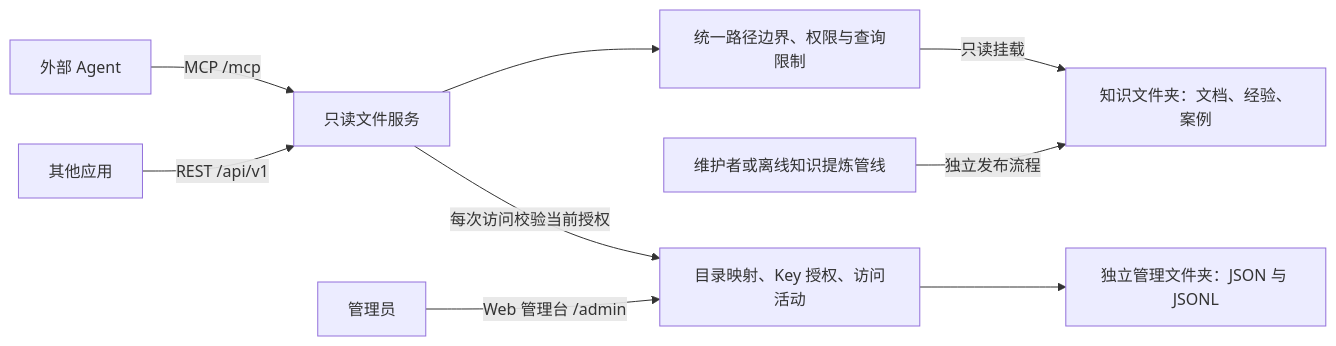
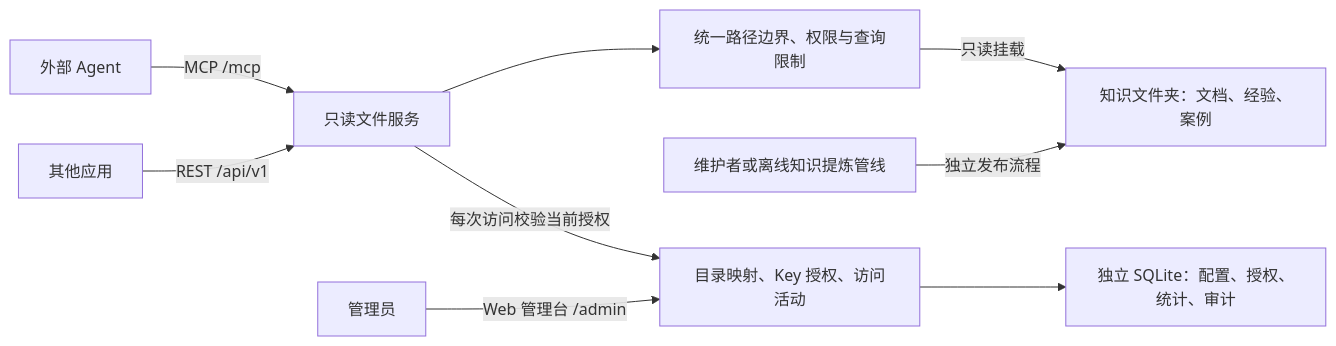
The diagram in README.md (1870987237/folder-knowledge-service), drawn with Mermaid before and after one commit. The commit also changed other lines of this file and 12 other files, not shown here.

````diff
--- a/README.md
+++ b/README.md
@@ -7,11 +7,11 @@
 ```mermaid
 flowchart LR
     A[外部 Agent] -->|MCP /mcp| S[只读文件服务]
     B[其他应用] -->|REST /api/v1| S
     S --> R[统一路径边界、权限与查询限制]
     R -->|只读挂载| K[知识文件夹：文档、经验、案例]
     W[维护者或离线知识提炼管线] -->|独立发布流程| K
     U[管理员] -->|Web 管理台 /admin| M[目录映射、Key 授权、访问活动]
-    M --> F[独立管理文件夹：JSON 与 JSONL]
+    M --> F[独立 SQLite：配置、授权、统计、审计]
     S -->|每次访问校验当前授权| M
 ```
````
